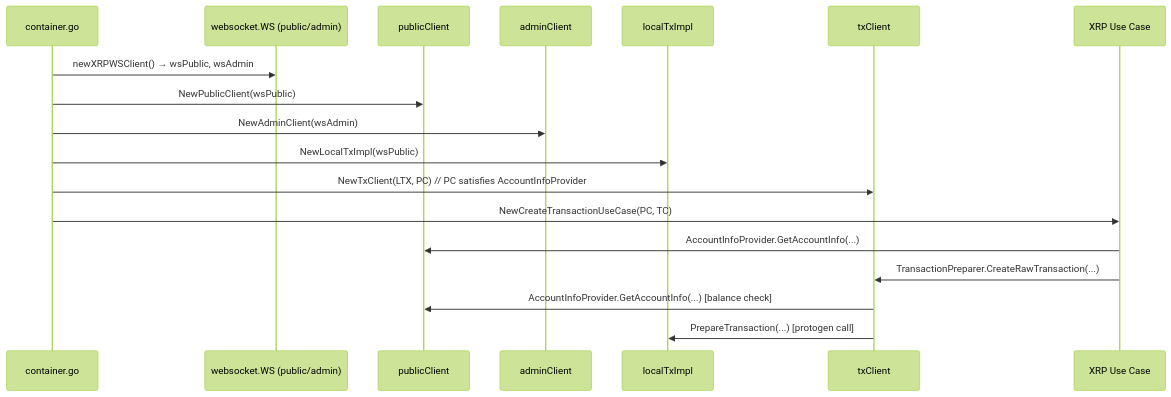
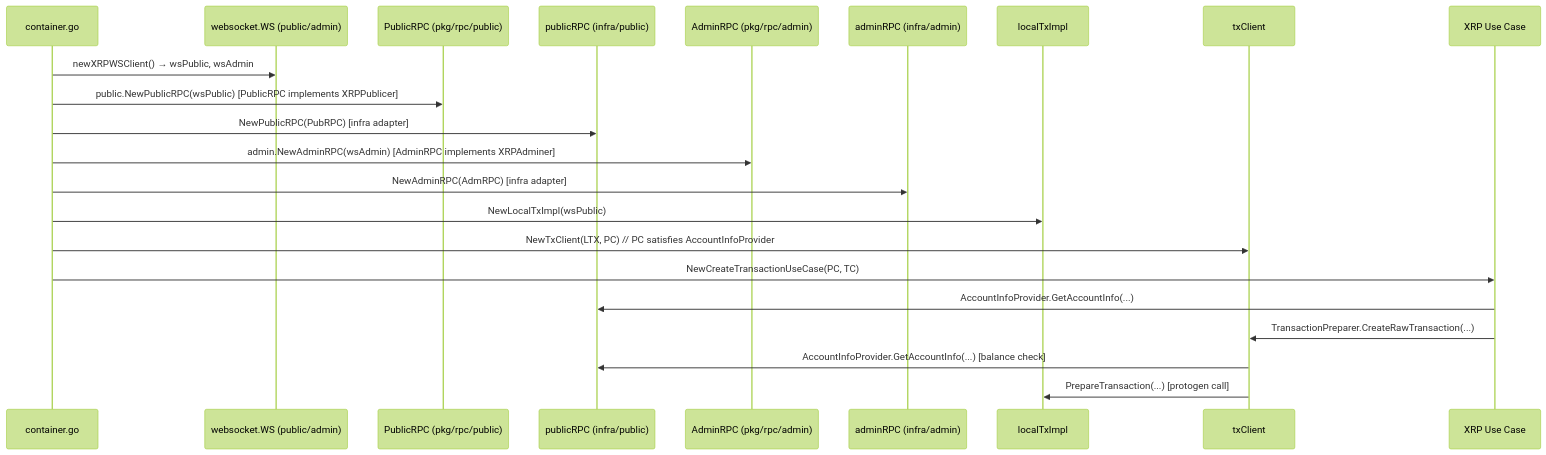
The second of 2 diagrams in .kiro/specs/refactor-xrp-struct-infra/design.md (hiromaily/go-crypto-wallet), drawn with Mermaid (forest theme) before and after one commit. The commit also changed other lines of this file and 24 other files, not shown here.

````diff
--- a/.kiro/specs/refactor-xrp-struct-infra/design.md
+++ b/.kiro/specs/refactor-xrp-struct-infra/design.md
@@ -138,21 +161,25 @@
 ```mermaid
 sequenceDiagram
   participant DI as container.go
   participant WS as websocket.WS (public/admin)
-  participant PC as publicClient
-  participant AC as adminClient
+  participant PubRPC as PublicRPC (pkg/rpc/public)
+  participant PC as publicRPC (infra/public)
+  participant AdmRPC as AdminRPC (pkg/rpc/admin)
+  participant AC as adminRPC (infra/admin)
   participant LTX as localTxImpl
   participant TC as txClient
   participant UC as XRP Use Case
 
   DI->>WS: newXRPWSClient() → wsPublic, wsAdmin
-  DI->>PC: NewPublicClient(wsPublic)
-  DI->>AC: NewAdminClient(wsAdmin)
+  DI->>PubRPC: public.NewPublicRPC(wsPublic) [PublicRPC implements XRPPublicer]
+  DI->>PC: NewPublicRPC(PubRPC)  [infra adapter]
+  DI->>AdmRPC: admin.NewAdminRPC(wsAdmin) [AdminRPC implements XRPAdminer]
+  DI->>AC: NewAdminRPC(AdmRPC)  [infra adapter]
   DI->>LTX: NewLocalTxImpl(wsPublic)
   DI->>TC: NewTxClient(LTX, PC)  // PC satisfies AccountInfoProvider
   DI->>UC: NewCreateTransactionUseCase(PC, TC)
   UC->>PC: AccountInfoProvider.GetAccountInfo(...)
   UC->>TC: TransactionPreparer.CreateRawTransaction(...)
   TC->>PC: AccountInfoProvider.GetAccountInfo(...) [balance check]
   TC->>LTX: PrepareTransaction(...) [protogen call]
 ```
````
